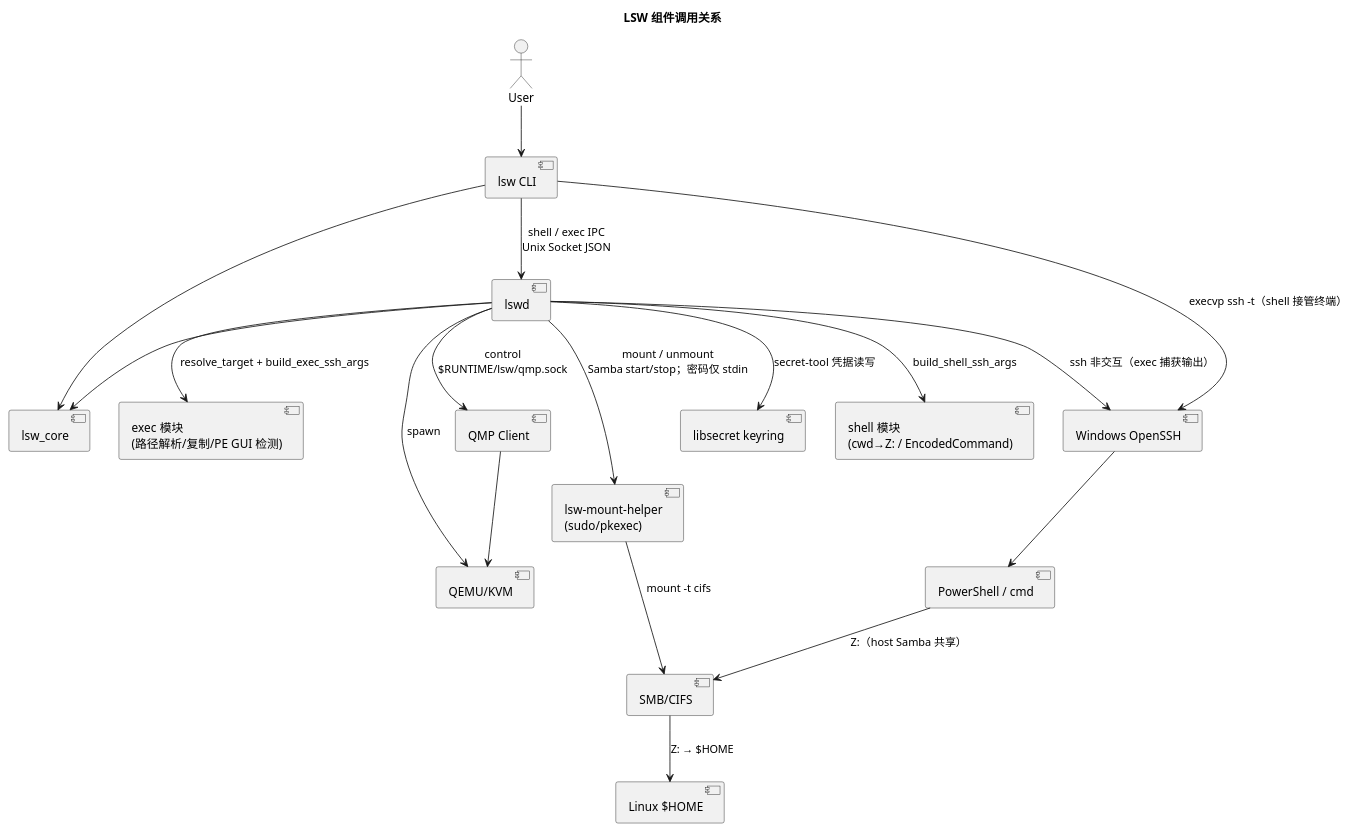
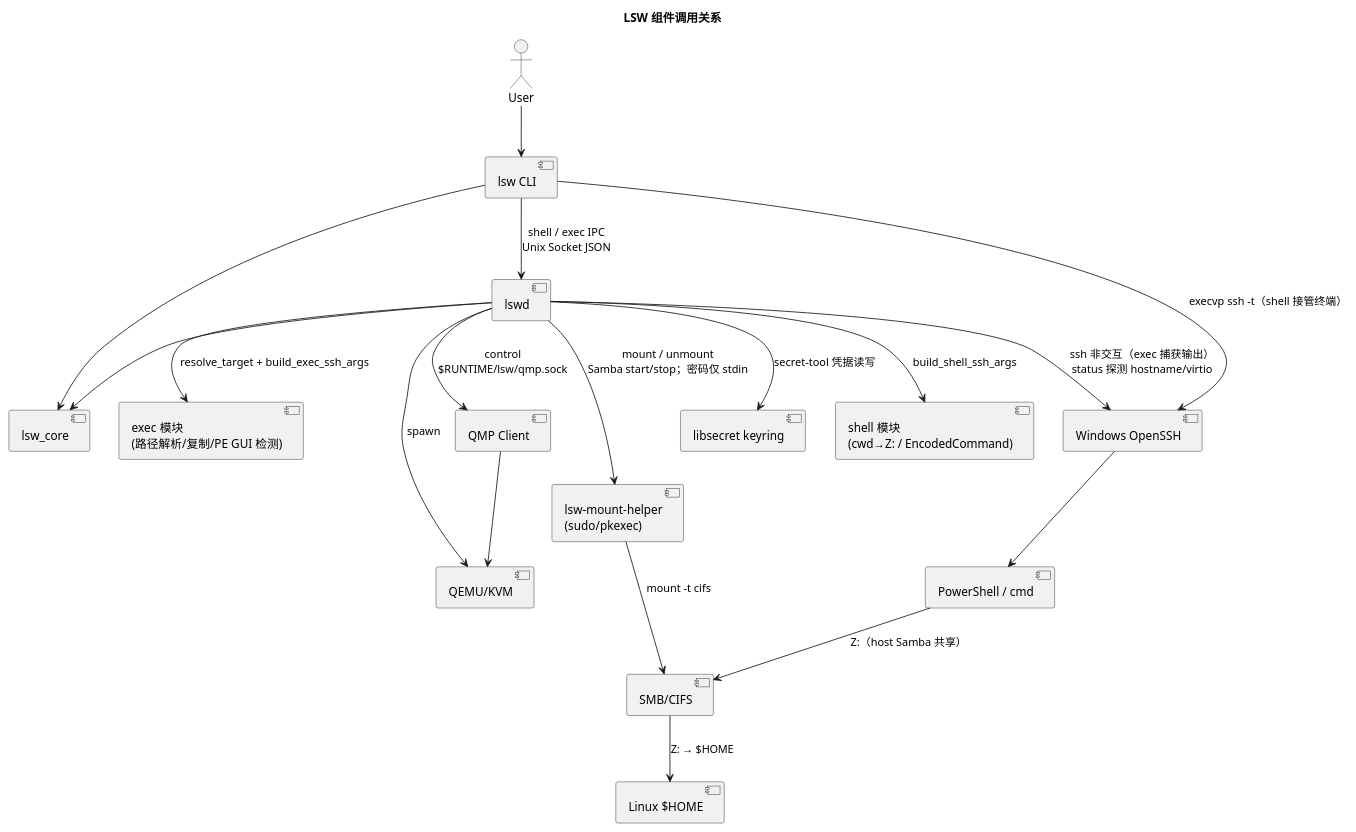
The diagram in docs/diagrams/component.puml (yunzheyue-star/lsw), drawn with PlantUML before and after one commit. The commit also changed 17 other files, not shown here.

```diff
--- a/docs/diagrams/component.puml
+++ b/docs/diagrams/component.puml
@@ -1,35 +1,35 @@
 @startuml
 title LSW 组件调用关系
 actor User
 component "lsw CLI" as CLI
 component "lsw_core" as Core
 component "lswd" as Daemon
 component "shell 模块\n(cwd→Z: / EncodedCommand)" as Shell
 component "exec 模块\n(路径解析/复制/PE GUI 检测)" as Exec
 component "QEMU/KVM" as QEMU
 component "QMP Client" as QMP
 component "Windows OpenSSH" as WinSSH
 component "PowerShell / cmd" as PS
 component "SMB/CIFS" as SMB
 component "lsw-mount-helper\n(sudo/pkexec)" as Helper
 component "libsecret keyring" as Keyring
 component "Linux $HOME" as Home
 
 User --> CLI
 CLI --> Core
 CLI --> Daemon : shell / exec IPC\nUnix Socket JSON
 Daemon --> Core
 Daemon --> Shell : build_shell_ssh_args
 Daemon --> Exec : resolve_target + build_exec_ssh_args
 Daemon --> QEMU : spawn
 Daemon --> QMP : control\n$RUNTIME/lsw/qmp.sock
 QMP --> QEMU
 CLI --> WinSSH : execvp ssh -t（shell 接管终端）
-Daemon --> WinSSH : ssh 非交互（exec 捕获输出）
+Daemon --> WinSSH : ssh 非交互（exec 捕获输出）\nstatus 探测 hostname/virtio
 WinSSH --> PS
 PS --> SMB : Z:（host Samba 共享）
 Daemon --> Keyring : secret-tool 凭据读写
 Daemon --> Helper : mount / unmount\nSamba start/stop；密码仅 stdin
 Helper --> SMB : mount -t cifs
 SMB --> Home : Z: → $HOME
 @enduml
```
